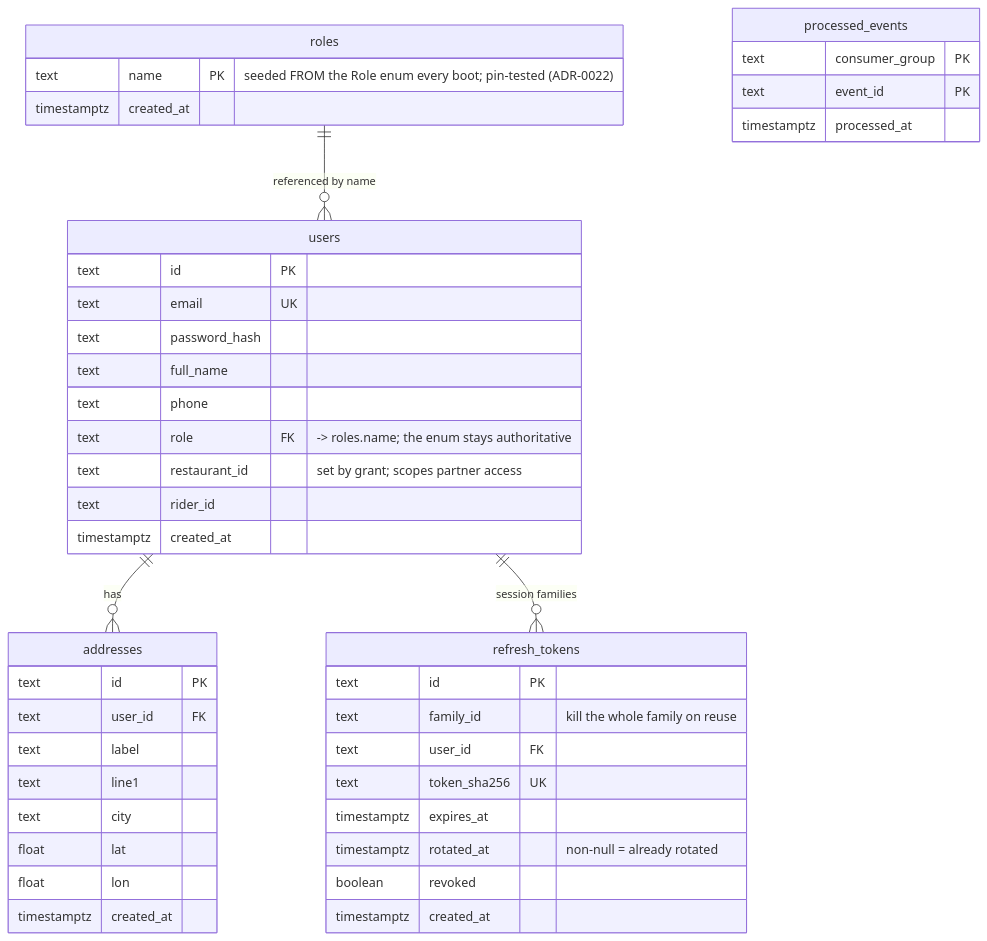
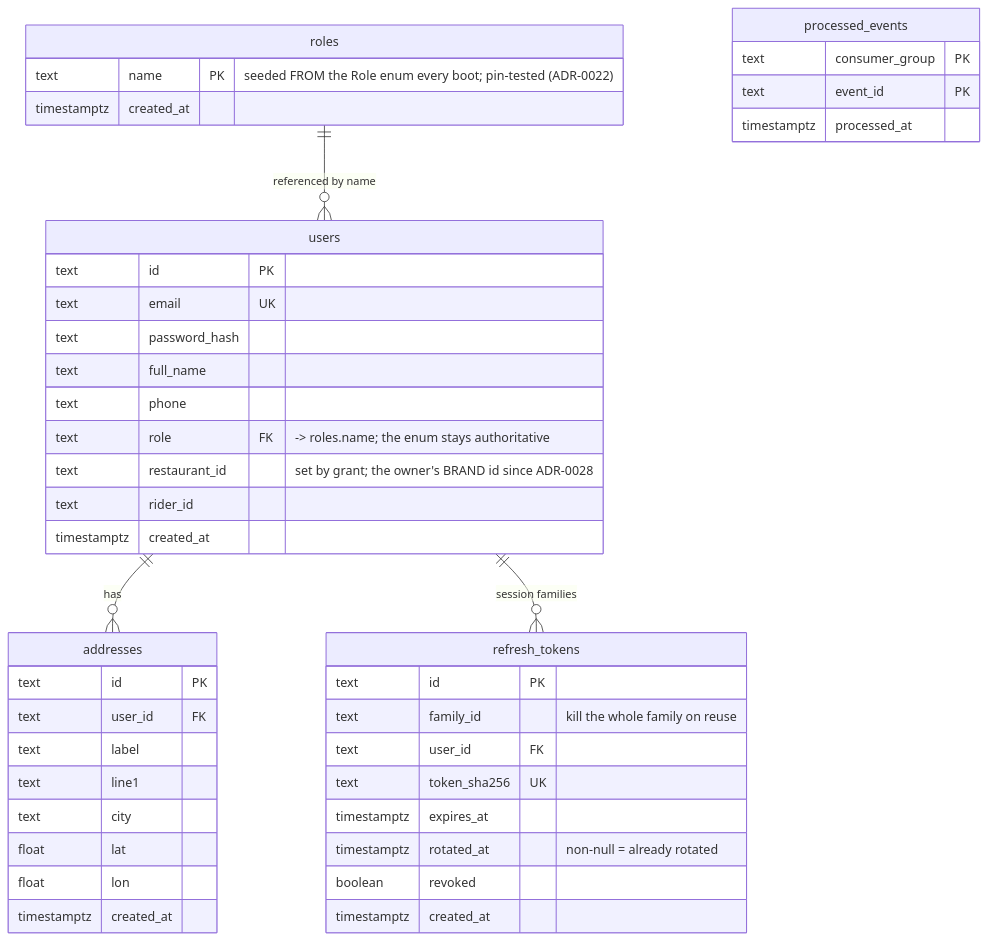
Before and after one commit to Aizazahmed-7/SmartFoodOps: the first of 7 diagrams in docs/erd.md, drawn with Mermaid. The commit also changed other lines of this file and 69 other files, not shown here.

````diff
--- a/docs/erd.md
+++ b/docs/erd.md
@@ -9,46 +9,46 @@
 ```mermaid
 erDiagram
     roles {
         text name PK "seeded FROM the Role enum every boot; pin-tested (ADR-0022)"
         timestamptz created_at
     }
     users {
         text id PK
         text email UK
         text password_hash
         text full_name
         text phone
         text role FK "-> roles.name; the enum stays authoritative"
-        text restaurant_id "set by grant; scopes partner access"
+        text restaurant_id "set by grant; the owner's BRAND id since ADR-0028"
         text rider_id
         timestamptz created_at
     }
     addresses {
         text id PK
         text user_id FK
         text label
         text line1
         text city
         float lat
         float lon
         timestamptz created_at
     }
     refresh_tokens {
         text id PK
         text family_id "kill the whole family on reuse"
         text user_id FK
         text token_sha256 UK
         timestamptz expires_at
         timestamptz rotated_at "non-null = already rotated"
         boolean revoked
         timestamptz created_at
     }
     processed_events {
         text consumer_group PK
         text event_id PK
         timestamptz processed_at
     }
     roles ||--o{ users : "referenced by name"
     users ||--o{ addresses : "has"
     users ||--o{ refresh_tokens : "session families"
 ```
````
